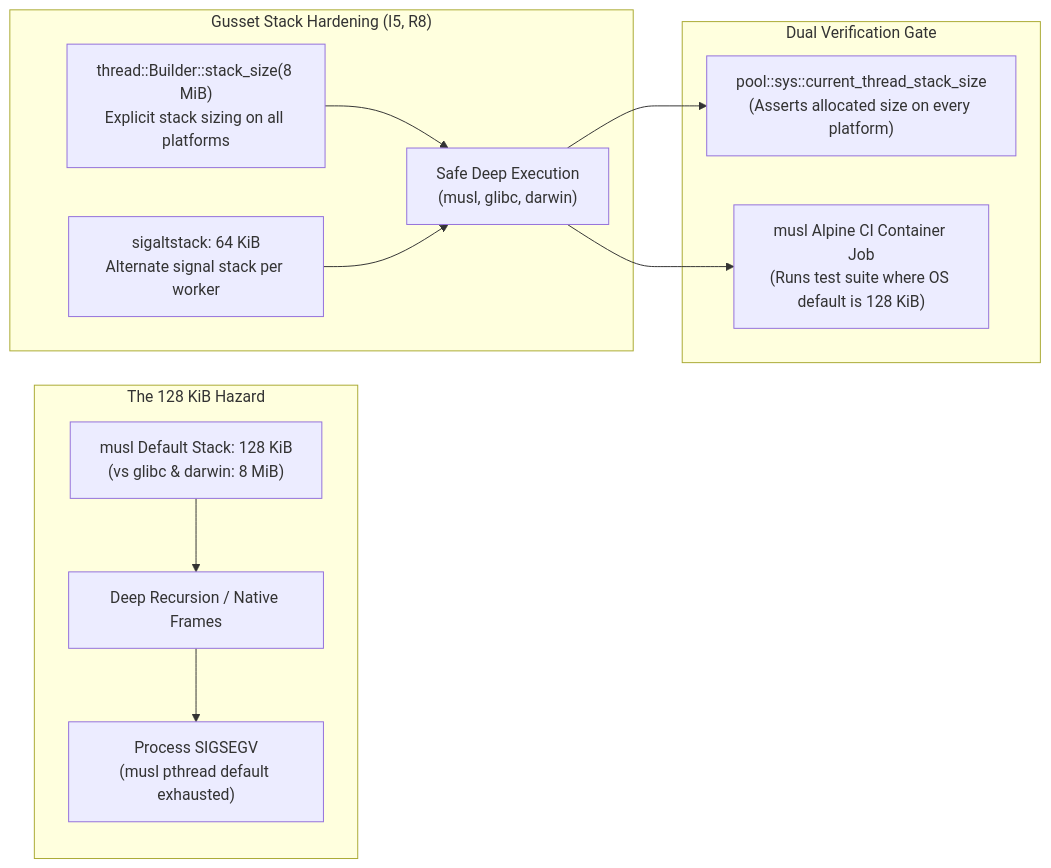
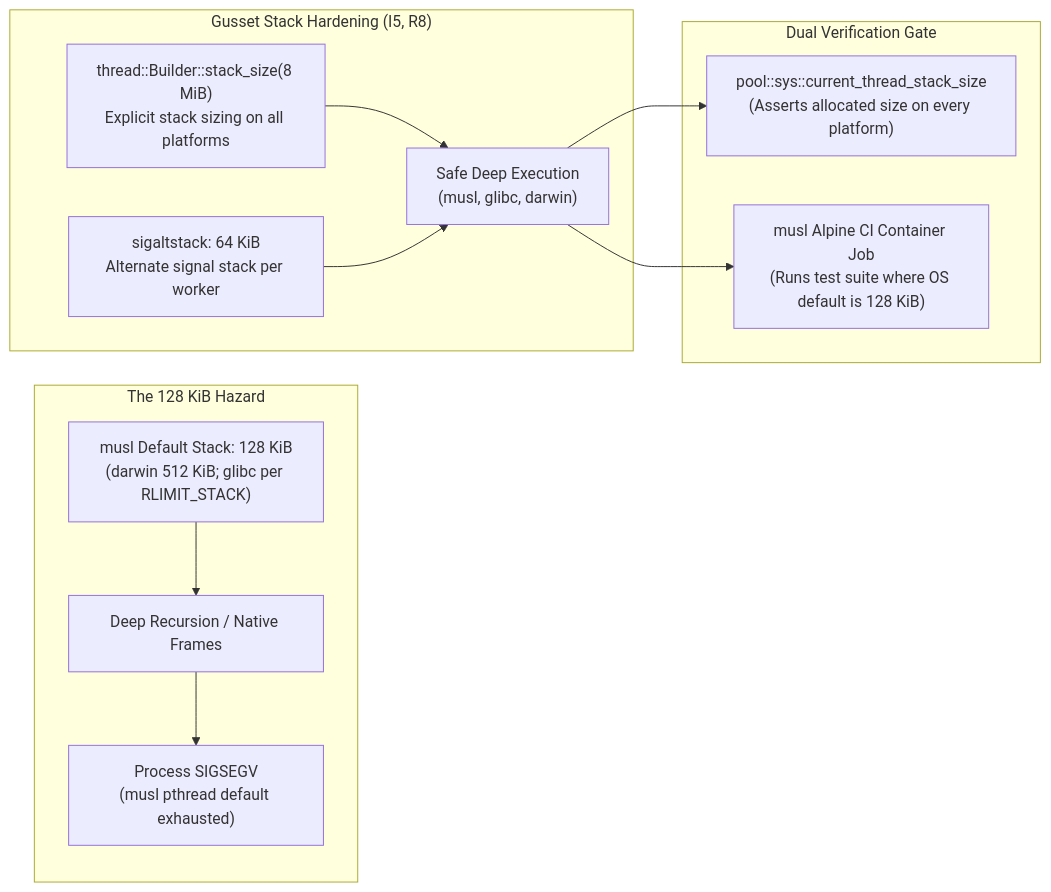
One commit to bharathvbcr/gusset changed the first of 2 diagrams in docs/platforms.md. Above: the diagram before and after it, drawn with Mermaid. The commit also changed other lines of this file and 80 other files, not shown here.

````diff
--- a/docs/platforms.md
+++ b/docs/platforms.md
@@ -31,23 +33,23 @@
 ```mermaid
 flowchart LR
     subgraph DangerZone ["The 128 KiB Hazard"]
-        MuslDefault["musl Default Stack: 128 KiB\n(vs glibc & darwin: 8 MiB)"]
+        MuslDefault["musl Default Stack: 128 KiB\n(darwin 512 KiB; glibc per RLIMIT_STACK)"]
         Recursion["Deep Recursion / Native Frames"]
         Crash["Process SIGSEGV\n(musl pthread default exhausted)"]
         MuslDefault --> Recursion --> Crash
     end
 
     subgraph GussetDefense ["Gusset Stack Hardening (I5, R8)"]
         ExplicitStack["thread::Builder::stack_size(8 MiB)\nExplicit stack sizing on all platforms"]
         SigAlt["sigaltstack: 64 KiB\nAlternate signal stack per worker"]
         ExplicitStack --> SafeRun["Safe Deep Execution\n(musl, glibc, darwin)"]
         SigAlt --> SafeRun
     end
 
     subgraph DualVerification ["Dual Verification Gate"]
         Probe["pool::sys::current_thread_stack_size\n(Asserts allocated size on every platform)"]
         CIJob["musl Alpine CI Container Job\n(Runs test suite where OS default is 128 KiB)"]
         SafeRun --> Probe
         SafeRun --> CIJob
     end
 ```
````
